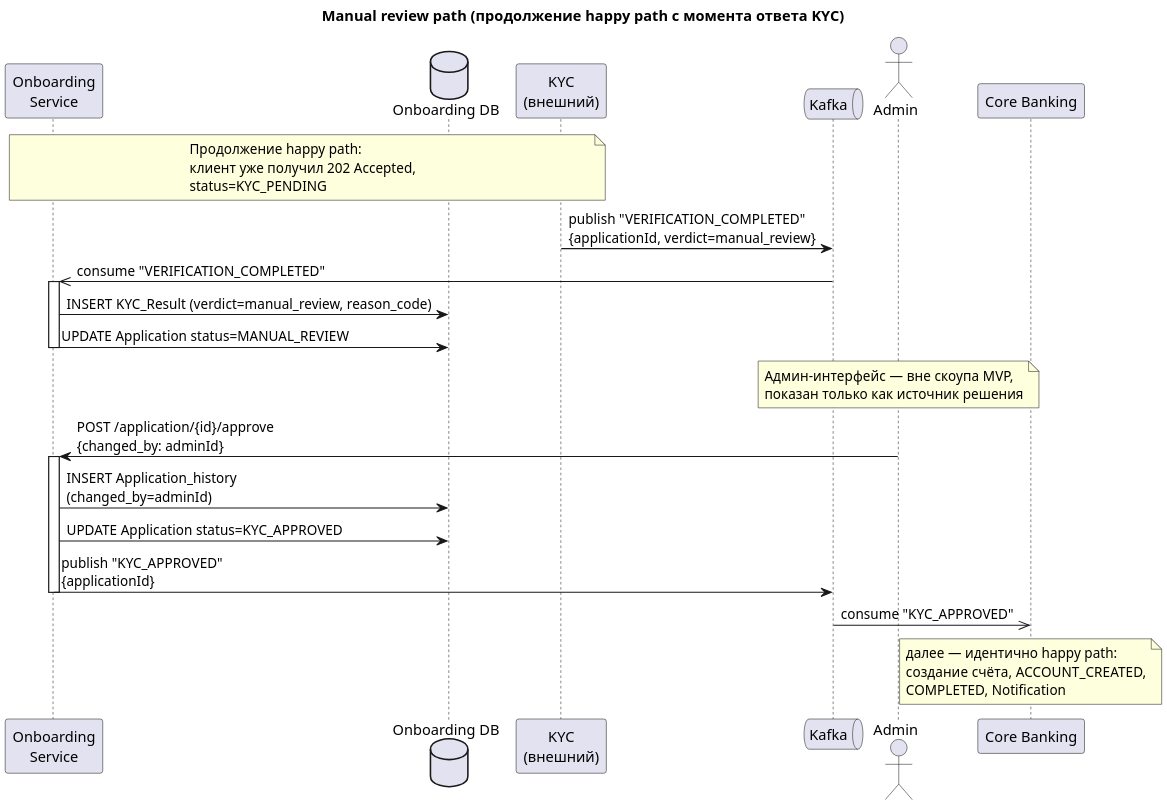
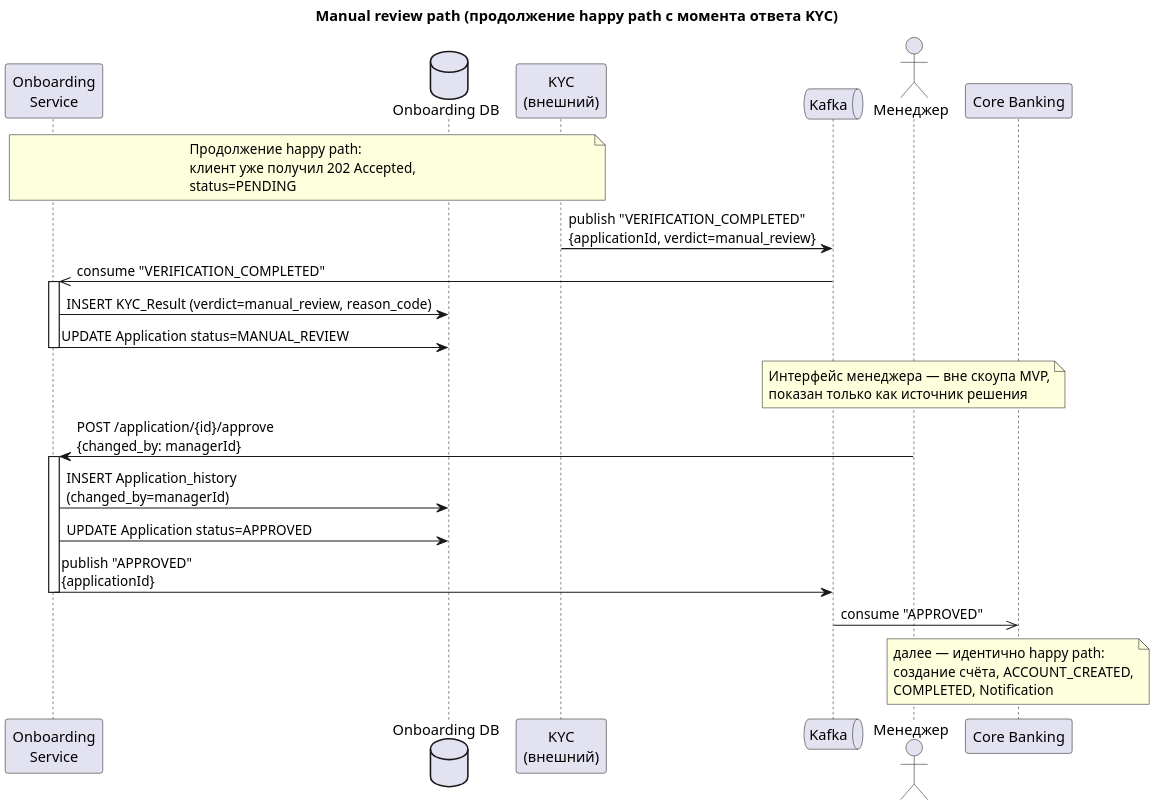
One commit to PulyaIvan/digital-client-onboarding changed the diagram in diagrams/sequence/Диаграмма последовательности(MANUAL_REVIEW).puml. Above: the diagram before and after it, drawn with PlantUML. The commit also changed 17 other files, not shown here.

First line of the commit message:
feat: обновление спецификации OpenAPI и схемы базы данных для онбординга клиентов

```diff
--- a/diagrams/sequence/Диаграмма последовательности(MANUAL_REVIEW).puml
+++ b/diagrams/sequence/Диаграмма последовательности(MANUAL_REVIEW).puml
@@ -1,44 +1,44 @@
 @startuml Онбординг клиента — manual review path
 title Manual review path (продолжение happy path с момента ответа KYC)
 scale 2
 
 participant "Onboarding\nService" as svc
 database "Onboarding DB" as db_svc
 participant "KYC\n(внешний)" as kyc
 queue "Kafka" as bm
-actor "Admin" as ad
+actor "Менеджер" as mgr
 participant "Core Banking" as bk
 
 note over svc, kyc
   Продолжение happy path:
   клиент уже получил 202 Accepted,
-  status=KYC_PENDING
+  status=PENDING
 end note
 
 kyc -> bm: publish "VERIFICATION_COMPLETED"\n{applicationId, verdict=manual_review}
 bm ->> svc: consume "VERIFICATION_COMPLETED"
 activate svc
 svc -> db_svc: INSERT KYC_Result (verdict=manual_review, reason_code)
 svc -> db_svc: UPDATE Application status=MANUAL_REVIEW
 deactivate svc
 
-note over ad
-  Админ-интерфейс — вне скоупа MVP,
+note over mgr
+  Интерфейс менеджера — вне скоупа MVP,
   показан только как источник решения
 end note
 
-ad -> svc: POST /application/{id}/approve\n{changed_by: adminId}
+mgr -> svc: POST /application/{id}/approve\n{changed_by: managerId}
 activate svc
-svc -> db_svc: INSERT Application_history\n(changed_by=adminId)
-svc -> db_svc: UPDATE Application status=KYC_APPROVED
-svc -> bm: publish "KYC_APPROVED"\n{applicationId}
+svc -> db_svc: INSERT Application_history\n(changed_by=managerId)
+svc -> db_svc: UPDATE Application status=APPROVED
+svc -> bm: publish "APPROVED"\n{applicationId}
 deactivate svc
 
-bm ->> bk: consume "KYC_APPROVED"
+bm ->> bk: consume "APPROVED"
 note over bk
   далее — идентично happy path:
   создание счёта, ACCOUNT_CREATED,
   COMPLETED, Notification
 end note
 
 @enduml
```
